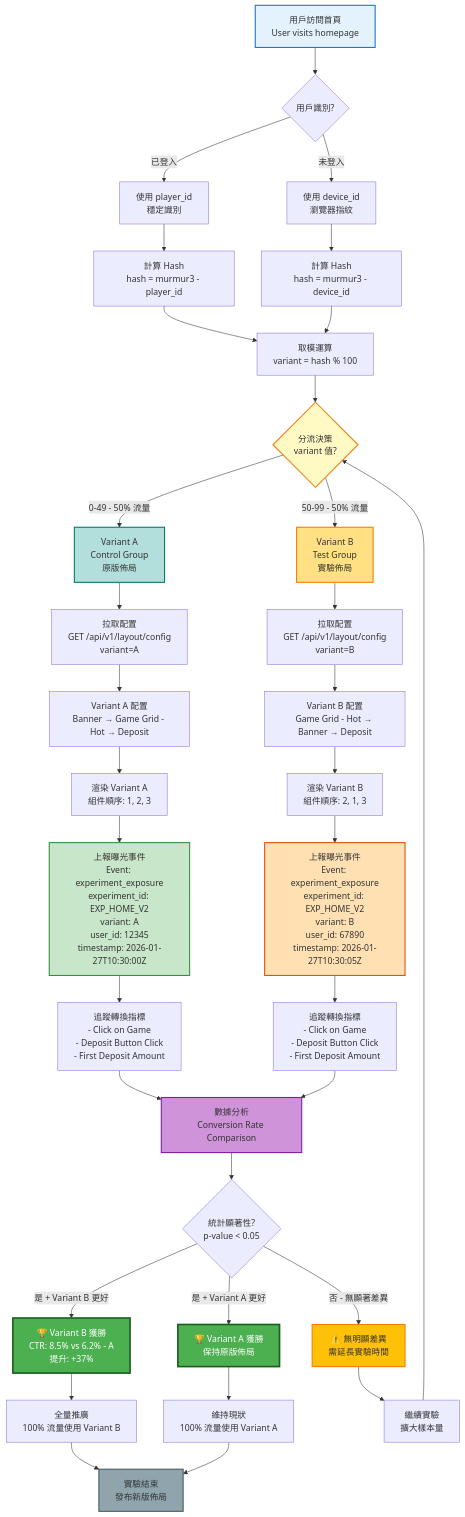
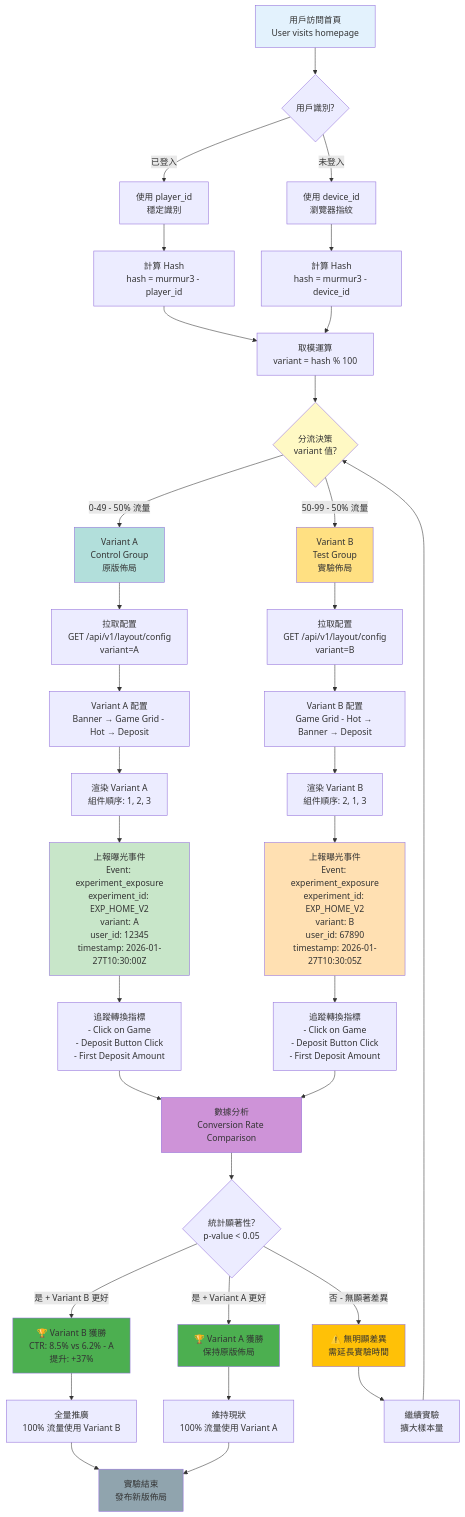
The second of 2 diagrams in docs/iGaming/08_Frontend_CMS/08-01_Frontend_Layout_Engine.md (ron03wlb/smart-admin), drawn with Mermaid before and after one commit. The commit also changed other lines of this file and 16 other files, not shown here.

First line of the commit message:
fix(mermaid): Phase 6 - fix Type D comma-separated style properties

````diff
--- a/docs/iGaming/08_Frontend_CMS/08-01_Frontend_Layout_Engine.md
+++ b/docs/iGaming/08_Frontend_CMS/08-01_Frontend_Layout_Engine.md
@@ -192,64 +192,64 @@
 ```mermaid
 flowchart TD
     START[用戶訪問首頁<br/>User visits homepage] --> ID{用戶識別?}
 
     ID -->|已登入| PLAYER_ID[使用 player_id<br/>穩定識別]
     ID -->|未登入| DEVICE_ID[使用 device_id<br/>瀏覽器指紋]
 
     PLAYER_ID --> HASH1[計算 Hash<br/>hash = murmur3 - player_id]
     DEVICE_ID --> HASH2[計算 Hash<br/>hash = murmur3 - device_id]
 
     HASH1 --> MOD[取模運算<br/>variant = hash % 100]
     HASH2 --> MOD
 
     MOD --> SPLIT{分流決策<br/>variant 值?}
 
     SPLIT -->|0-49 - 50% 流量| VARIANT_A[Variant A<br/>Control Group<br/>原版佈局]
     SPLIT -->|50-99 - 50% 流量| VARIANT_B[Variant B<br/>Test Group<br/>實驗佈局]
 
     VARIANT_A --> FETCH_A[拉取配置<br/>GET /api/v1/layout/config<br/>variant=A]
     VARIANT_B --> FETCH_B[拉取配置<br/>GET /api/v1/layout/config<br/>variant=B]
 
     FETCH_A --> CONFIG_A[Variant A 配置<br/>Banner → Game Grid - Hot → Deposit]
     FETCH_B --> CONFIG_B[Variant B 配置<br/>Game Grid - Hot → Banner → Deposit]
 
     CONFIG_A --> RENDER_A[渲染 Variant A<br/>組件順序: 1, 2, 3]
     CONFIG_B --> RENDER_B[渲染 Variant B<br/>組件順序: 2, 1, 3]
 
     RENDER_A --> EXPOSURE_A[上報曝光事件<br/>Event: experiment_exposure<br/>experiment_id: EXP_HOME_V2<br/>variant: A<br/>user_id: 12345<br/>timestamp: 2026-01-27T10:30:00Z]
 
     RENDER_B --> EXPOSURE_B[上報曝光事件<br/>Event: experiment_exposure<br/>experiment_id: EXP_HOME_V2<br/>variant: B<br/>user_id: 67890<br/>timestamp: 2026-01-27T10:30:05Z]
 
     EXPOSURE_A --> TRACK_A[追蹤轉換指標<br/>- Click on Game<br/>- Deposit Button Click<br/>- First Deposit Amount]
 
     EXPOSURE_B --> TRACK_B[追蹤轉換指標<br/>- Click on Game<br/>- Deposit Button Click<br/>- First Deposit Amount]
 
     TRACK_A --> ANALYTICS[數據分析<br/>Conversion Rate Comparison]
     TRACK_B --> ANALYTICS
 
     ANALYTICS --> COMPARE{統計顯著性?<br/>p-value < 0.05}
 
     COMPARE -->|是 + Variant B 更好| WINNER_B[🏆 Variant B 獲勝<br/>CTR: 8.5% vs 6.2% - A<br/>提升: +37%]
     COMPARE -->|是 + Variant A 更好| WINNER_A[🏆 Variant A 獲勝<br/>保持原版佈局]
     COMPARE -->|否 - 無顯著差異| NO_WINNER[⚠️ 無明顯差異<br/>需延長實驗時間]
 
     WINNER_B --> ROLLOUT[全量推廣<br/>100% 流量使用 Variant B]
     WINNER_A --> KEEP[維持現狀<br/>100% 流量使用 Variant A]
     NO_WINNER --> CONTINUE[繼續實驗<br/>擴大樣本量]
 
     ROLLOUT --> END[實驗結束<br/>發布新版佈局]
     KEEP --> END
     CONTINUE --> SPLIT
 
-    style START fill:#E3F2FD,stroke:#1976D2,stroke-width:2px
-    style SPLIT fill:#FFF9C4,stroke:#F57F17,stroke-width:2px
-    style VARIANT_A fill:#B2DFDB,stroke:#00796B,stroke-width:2px
-    style VARIANT_B fill:#FFE082,stroke:#F57F00,stroke-width:2px
-    style EXPOSURE_A fill:#C8E6C9,stroke:#388E3C,stroke-width:2px
-    style EXPOSURE_B fill:#FFE0B2,stroke:#E65100,stroke-width:2px
-    style ANALYTICS fill:#CE93D8,stroke:#7B1FA2,stroke-width:2px
-    style WINNER_B fill:#4CAF50,stroke:#1B5E20,stroke-width:3px,color:#FFF
-    style WINNER_A fill:#4CAF50,stroke:#1B5E20,stroke-width:3px,color:#FFF
-    style NO_WINNER fill:#FFC107,stroke:#F57F00,stroke-width:2px
-    style END fill:#90A4AE,stroke:#455A64,stroke-width:2px
+    style START fill:#E3F2FD
+    style SPLIT fill:#FFF9C4
+    style VARIANT_A fill:#B2DFDB
+    style VARIANT_B fill:#FFE082
+    style EXPOSURE_A fill:#C8E6C9
+    style EXPOSURE_B fill:#FFE0B2
+    style ANALYTICS fill:#CE93D8
+    style WINNER_B fill:#4CAF50
+    style WINNER_A fill:#4CAF50
+    style NO_WINNER fill:#FFC107
+    style END fill:#90A4AE
 ```
````
